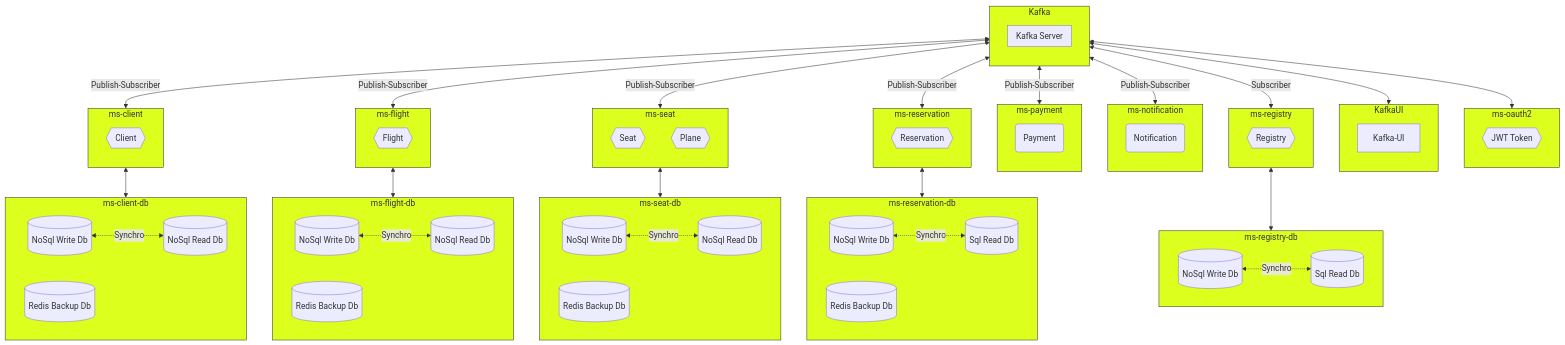
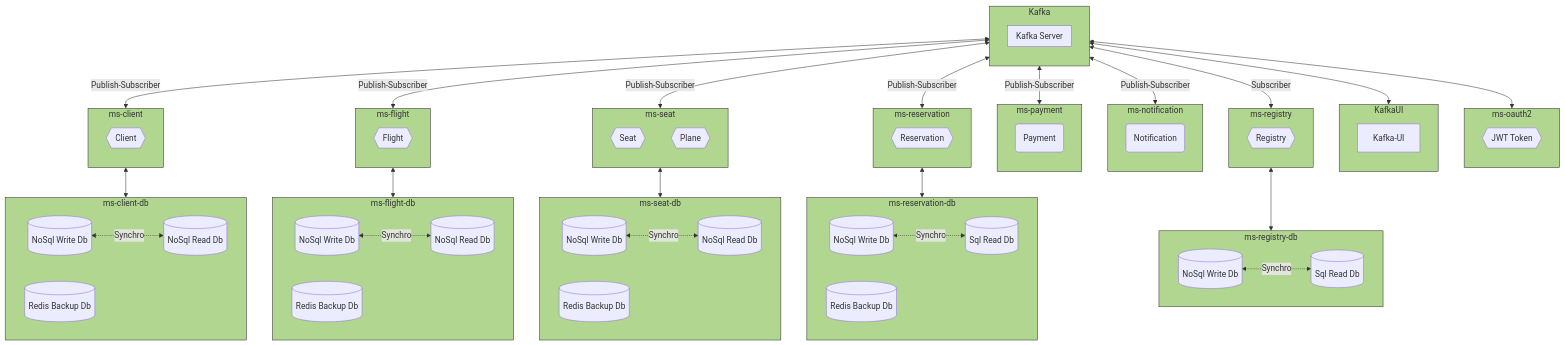
Before and after one commit to Ivan-Montes/hex-cqrs-es-eda: the diagram in README.md, drawn with Mermaid.

```diff
--- a/README.md
+++ b/README.md
@@ -117,7 +117,7 @@
   KafkaUI <--> |  | Kafka
   ms-oauth2 <--> |  | Kafka
   
-  classDef canvas_basic fill:#dcff1e,stroke:#333;
+  classDef canvas_basic fill:#B1D690,stroke:#333;
   class ms-client-db,ms-flight-db,ms-seat-db,ms-reservation-db,ms-registry-db canvas_basic
   class ms-client,ms-flight,ms-seat,ms-reservation,ms-payment,ms-notification,ms-registry,ms-oauth2,Kafka,KafkaUI canvas_basic
   
```
